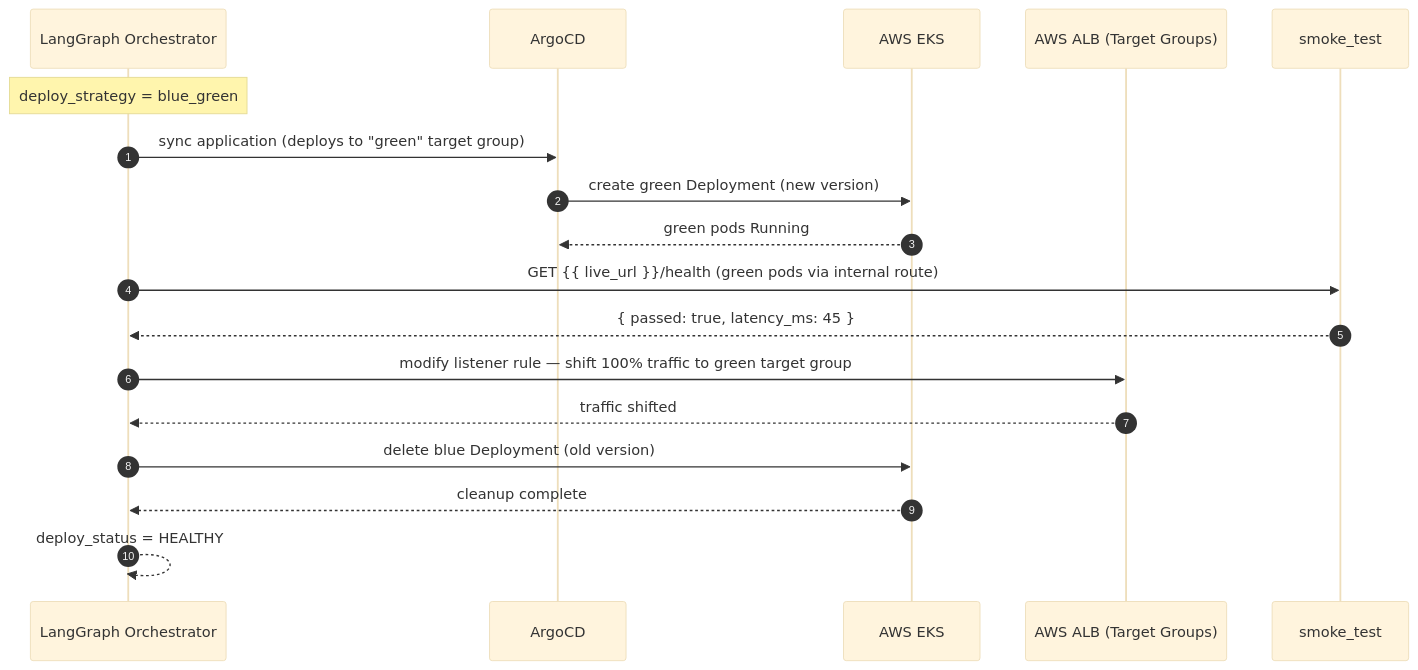
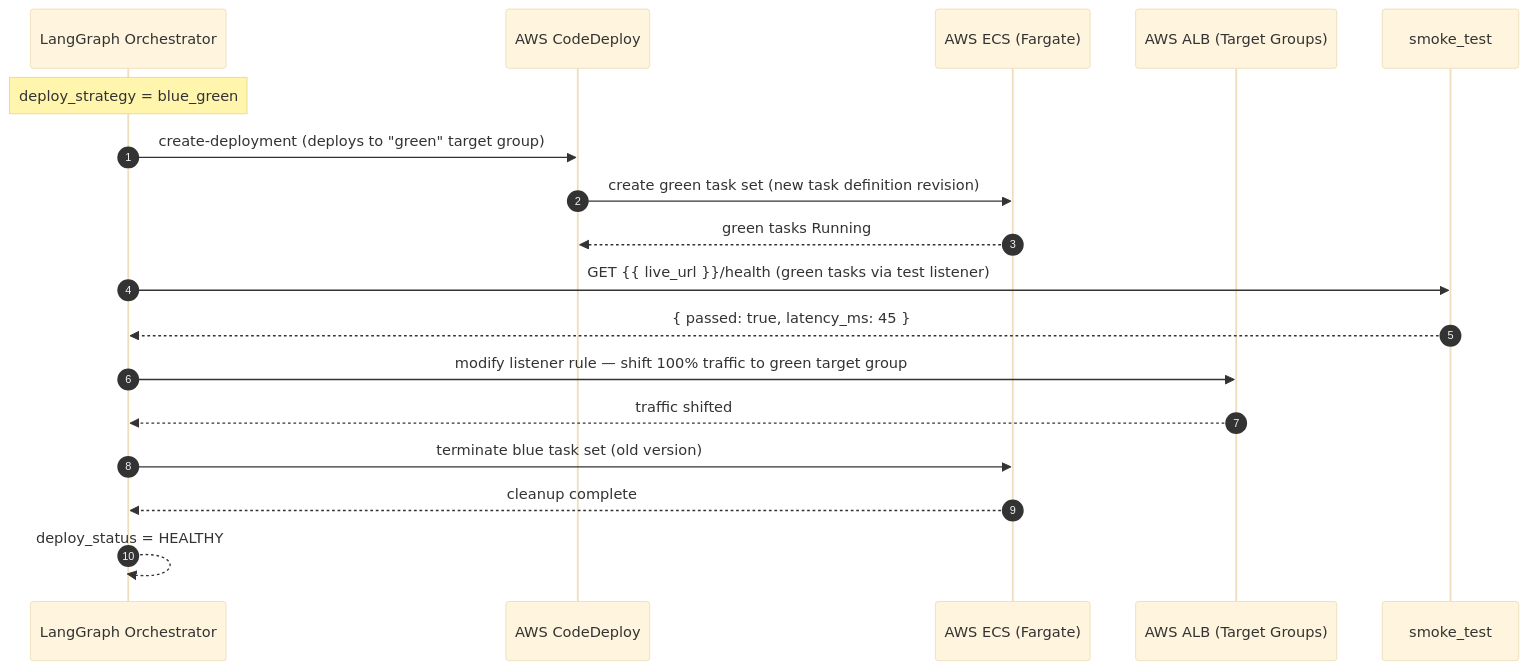
Before and after one commit to kaushraj1/AutoFounder: the fifth of 5 diagrams in docs/architecture/Agents-Architecture/devops-agent.md, drawn with Mermaid (base theme). The commit also changed other lines of this file and 9 other files, not shown here.

First line of the commit message:
refactor(docs): migrate docs/architecture to the canonical stack

````diff
--- a/docs/architecture/Agents-Architecture/devops-agent.md
+++ b/docs/architecture/Agents-Architecture/devops-agent.md
@@ -1668,26 +1680,26 @@
 ```mermaid
 sequenceDiagram
     autonumber
     participant Graph as LangGraph Orchestrator
-    participant Argo  as ArgoCD
-    participant EKS   as AWS EKS
+    participant CD    as AWS CodeDeploy
+    participant ECS   as AWS ECS (Fargate)
     participant ALB   as AWS ALB (Target Groups)
     participant Smoke as smoke_test
 
     Note over Graph: deploy_strategy = blue_green
 
-    Graph ->> Argo: sync application (deploys to "green" target group)
-    Argo ->> EKS: create green Deployment (new version)
-    EKS -->> Argo: green pods Running
+    Graph ->> CD: create-deployment (deploys to "green" target group)
+    CD ->> ECS: create green task set (new task definition revision)
+    ECS -->> CD: green tasks Running
 
-    Graph ->> Smoke: GET {{ live_url }}/health (green pods via internal route)
+    Graph ->> Smoke: GET {{ live_url }}/health (green tasks via test listener)
     Smoke -->> Graph: { passed: true, latency_ms: 45 }
 
     Graph ->> ALB: modify listener rule — shift 100% traffic to green target group
     ALB -->> Graph: traffic shifted
 
-    Graph ->> EKS: delete blue Deployment (old version)
-    EKS -->> Graph: cleanup complete
+    Graph ->> ECS: terminate blue task set (old version)
+    ECS -->> Graph: cleanup complete
 
     Graph -->> Graph: deploy_status = HEALTHY
 ```
````
